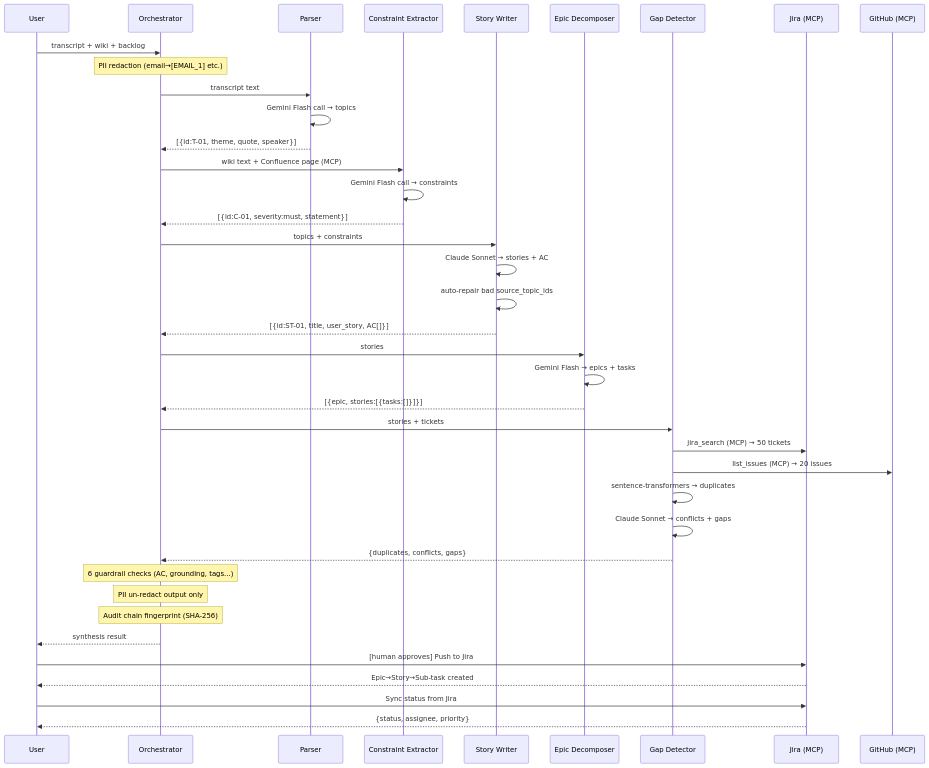
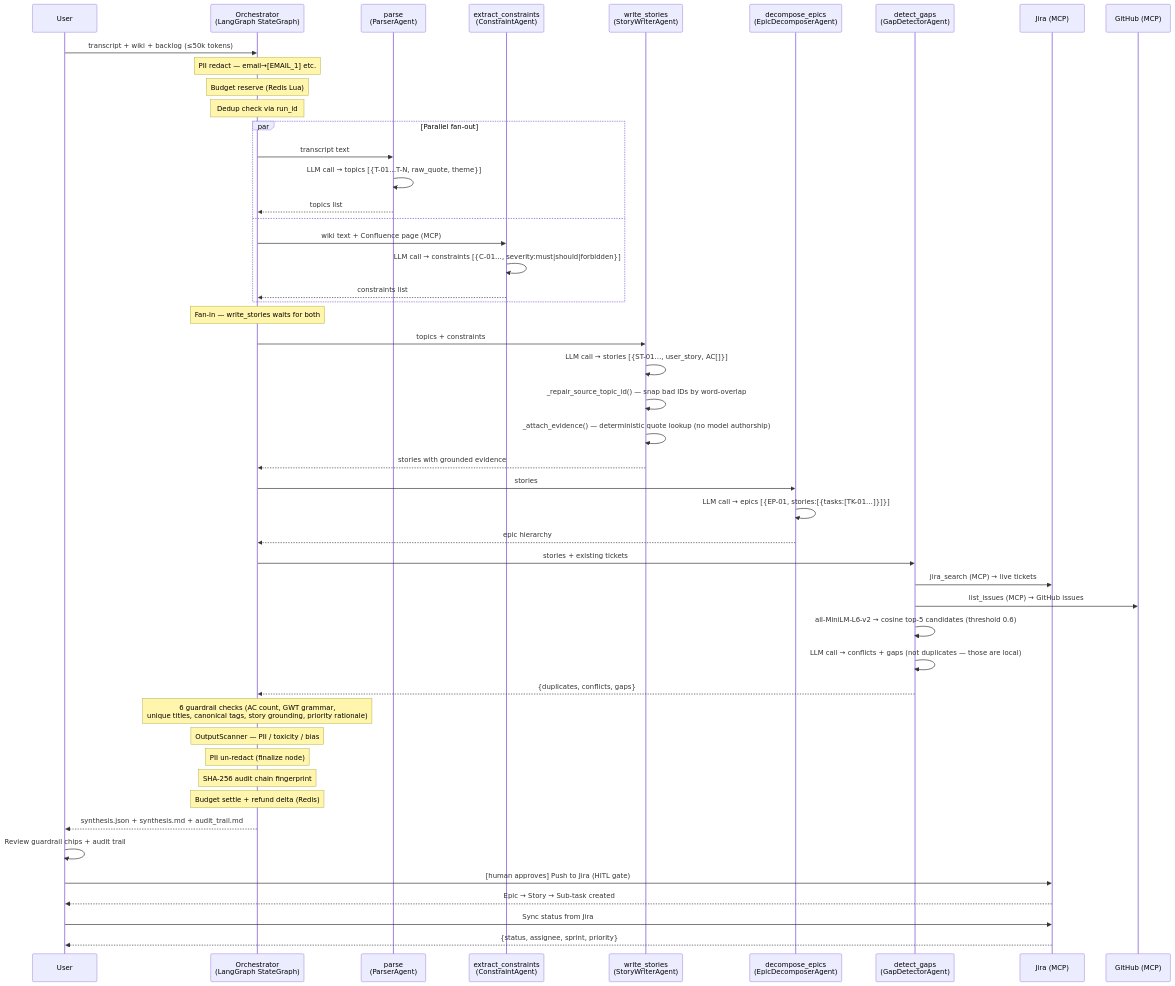
The third of 5 diagrams in architecture.md (manikantan-24/northstar-backlog-forge), drawn with Mermaid before and after one commit. The commit also changed other lines of this file and 86 other files, not shown here.

````diff
--- a/architecture.md
+++ b/architecture.md
@@ -120,48 +143,59 @@
 ```mermaid
 sequenceDiagram
     participant U as User
-    participant O as Orchestrator
-    participant P as Parser
-    participant CE as Constraint Extractor
-    participant SW as Story Writer
-    participant ED as Epic Decomposer
-    participant GD as Gap Detector
+    participant O as Orchestrator<br/>(LangGraph StateGraph)
+    participant P as parse<br/>(ParserAgent)
+    participant CE as extract_constraints<br/>(ConstraintAgent)
+    participant SW as write_stories<br/>(StoryWriterAgent)
+    participant ED as decompose_epics<br/>(EpicDecomposerAgent)
+    participant GD as detect_gaps<br/>(GapDetectorAgent)
     participant J as Jira (MCP)
     participant GH as GitHub (MCP)
 
-    U->>O: transcript + wiki + backlog
-    Note over O: PII redaction (email→[EMAIL_1] etc.)
-    O->>P: transcript text
-    P->>P: Gemini Flash call → topics
-    P-->>O: [{id:T-01, theme, quote, speaker}]
+    U->>O: transcript + wiki + backlog (≤50k tokens)
+    Note over O: PII redact — email→[EMAIL_1] etc.
+    Note over O: Budget reserve (Redis Lua)
+    Note over O: Dedup check via run_id
 
-    O->>CE: wiki text + Confluence page (MCP)
-    CE->>CE: Gemini Flash call → constraints
-    CE-->>O: [{id:C-01, severity:must, statement}]
+    par Parallel fan-out
+        O->>P: transcript text
+        P->>P: LLM call → topics [{T-01…T-N, raw_quote, theme}]
+        P-->>O: topics list
+    and
+        O->>CE: wiki text + Confluence page (MCP)
+        CE->>CE: LLM call → constraints [{C-01…, severity:must|should|forbidden}]
+        CE-->>O: constraints list
+    end
+
+    Note over O: Fan-in — write_stories waits for both
 
     O->>SW: topics + constraints
-    SW->>SW: Claude Sonnet → stories + AC
-    SW->>SW: auto-repair bad source_topic_ids
-    SW-->>O: [{id:ST-01, title, user_story, AC[]}]
+    SW->>SW: LLM call → stories [{ST-01…, user_story, AC[]}]
+    SW->>SW: _repair_source_topic_id() — snap bad IDs by word-overlap
+    SW->>SW: _attach_evidence() — deterministic quote lookup (no model authorship)
+    SW-->>O: stories with grounded evidence
 
     O->>ED: stories
-    ED->>ED: Gemini Flash → epics + tasks
-    ED-->>O: [{epic, stories:[{tasks:[]}]}]
+    ED->>ED: LLM call → epics [{EP-01, stories:[{tasks:[TK-01…]}]}]
+    ED-->>O: epic hierarchy
 
-    O->>GD: stories + tickets
-    GD->>J: jira_search (MCP) → 50 tickets
-    GD->>GH: list_issues (MCP) → 20 issues
-    GD->>GD: sentence-transformers → duplicates
-    GD->>GD: Claude Sonnet → conflicts + gaps
+    O->>GD: stories + existing tickets
+    GD->>J: jira_search (MCP) → live tickets
+    GD->>GH: list_issues (MCP) → GitHub issues
+    GD->>GD: all-MiniLM-L6-v2 → cosine top-5 candidates (threshold 0.6)
+    GD->>GD: LLM call → conflicts + gaps (not duplicates — those are local)
     GD-->>O: {duplicates, conflicts, gaps}
 
-    Note over O: 6 guardrail checks (AC, grounding, tags...)
-    Note over O: PII un-redact output only
-    Note over O: Audit chain fingerprint (SHA-256)
-    O-->>U: synthesis result
+    Note over O: 6 guardrail checks (AC count, GWT grammar,<br/>unique titles, canonical tags, story grounding, priority rationale)
+    Note over O: OutputScanner — PII / toxicity / bias
+    Note over O: PII un-redact (finalize node)
+    Note over O: SHA-256 audit chain fingerprint
+    Note over O: Budget settle + refund delta (Redis)
+    O-->>U: synthesis.json + synthesis.md + audit_trail.md
 
-    U->>J: [human approves] Push to Jira
-    J-->>U: Epic→Story→Sub-task created
+    U->>U: Review guardrail chips + audit trail
+    U->>J: [human approves] Push to Jira (HITL gate)
+    J-->>U: Epic → Story → Sub-task created
     U->>J: Sync status from Jira
-    J-->>U: {status, assignee, priority}
+    J-->>U: {status, assignee, sprint, priority}
 ```
````
